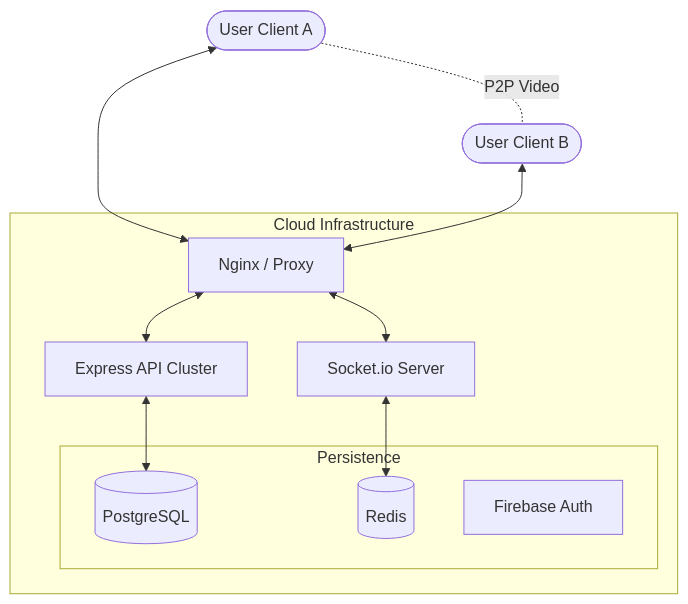
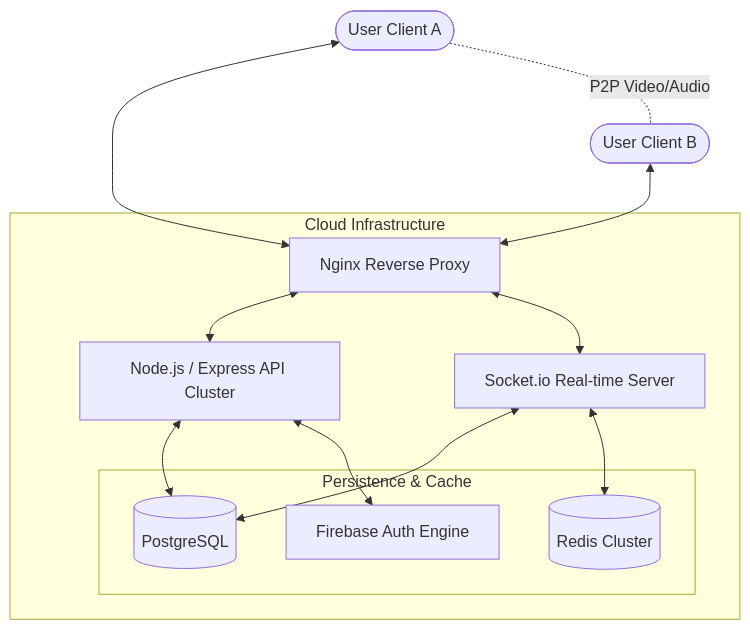
The first of 8 diagrams in README.md (YaduEnc/MuhDikhai), drawn with Mermaid before and after one commit. The commit also changed other lines of this file, not shown here.

````diff
--- a/README.md
+++ b/README.md
@@ -35,25 +78,27 @@
 ```mermaid
 graph TD
     UserA([User Client A])
     UserB([User Client B])
     
     subgraph Cloud [Cloud Infrastructure]
-        LB[Nginx / Proxy]
-        API[Express API Cluster]
-        SIO[Socket.io Server]
+        LB[Nginx Reverse Proxy]
+        API[Node.js / Express API Cluster]
+        SIO[Socket.io Real-time Server]
         
-        subgraph Data [Persistence]
+        subgraph DataLayer [Persistence & Cache]
             DB[(PostgreSQL)]
-            RD[(Redis)]
-            FB[Firebase Auth]
+            RD[(Redis Cluster)]
+            FB[Firebase Auth Engine]
         end
     end
 
     UserA <--> LB
     UserB <--> LB
     LB <--> API
     LB <--> SIO
     API <--> DB
+    API <--> FB
+    SIO <--> DB
     SIO <--> RD
-    UserA -. P2P Video .- UserB
+    UserA -. P2P Video/Audio .- UserB
 ```
````
